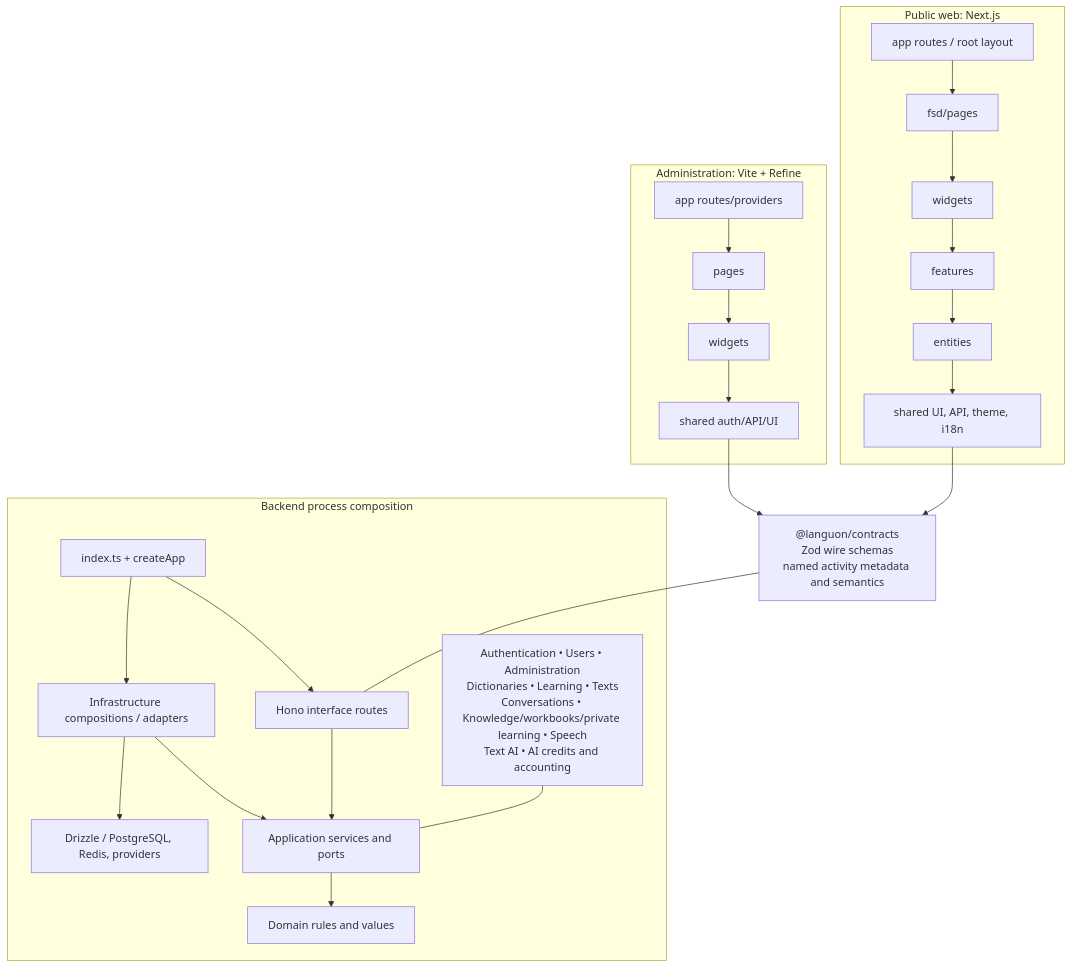
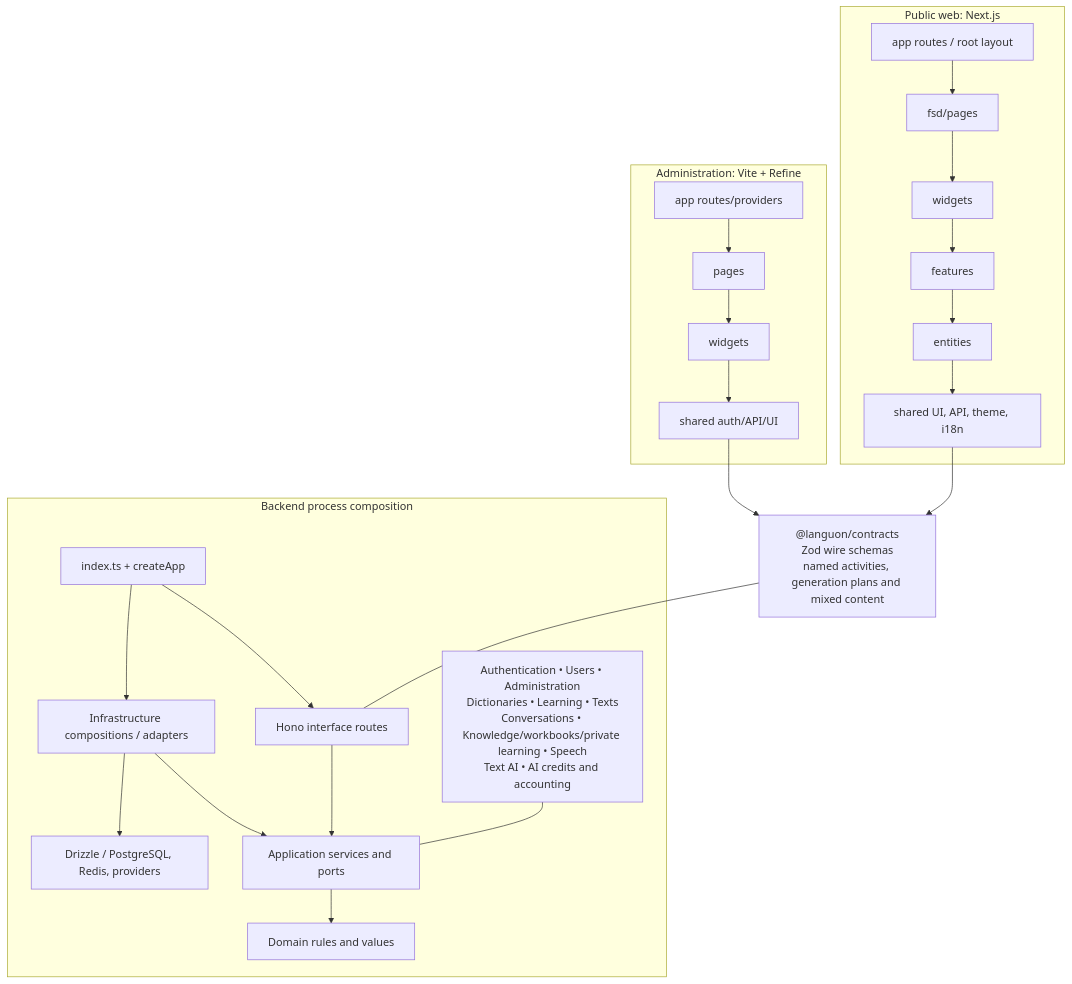
One commit to nickotov/languon-platform changed the diagram in docs/diagrams/module-boundaries.md. Above: the diagram before and after it, drawn with Mermaid. The commit also changed other lines of this file and 248 other files, not shown here.

````diff
--- a/docs/diagrams/module-boundaries.md
+++ b/docs/diagrams/module-boundaries.md
@@ -49,25 +55,25 @@
 ```mermaid
 flowchart TB
     subgraph Web["Public web: Next.js"]
         Routes["app routes / root layout"] --> Pages["fsd/pages"] --> Widgets["widgets"] --> Features["features"] --> Entities["entities"] --> Shared["shared UI, API, theme, i18n"]
     end
     subgraph Admin["Administration: Vite + Refine"]
         AdminApp["app routes/providers"] --> AdminPages["pages"] --> AdminWidgets["widgets"] --> AdminShared["shared auth/API/UI"]
     end
     Shared --> Contracts["@languon/contracts
 Zod wire schemas
-named activity metadata and semantics"]
+named activities, generation plans and mixed content"]
     AdminShared --> Contracts
     subgraph Backend["Backend process composition"]
         Root["index.ts + createApp"] --> HTTP["Hono interface routes"]
         Root --> Infra["Infrastructure compositions / adapters"]
         HTTP --> App["Application services and ports"] --> Domain["Domain rules and values"]
         Infra --> App
         Infra --> DB["Drizzle / PostgreSQL, Redis, providers"]
         Modules["Authentication • Users • Administration
 Dictionaries • Learning • Texts
 Conversations • Knowledge/workbooks/private learning • Speech
 Text AI • AI credits and accounting"] --- App
     end
     Contracts --- HTTP
 ```
````
